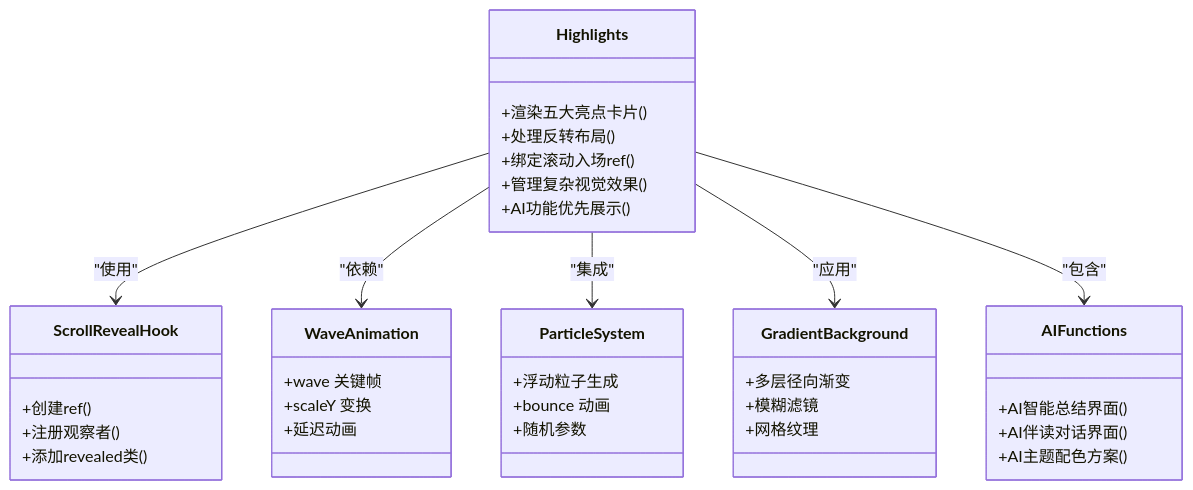
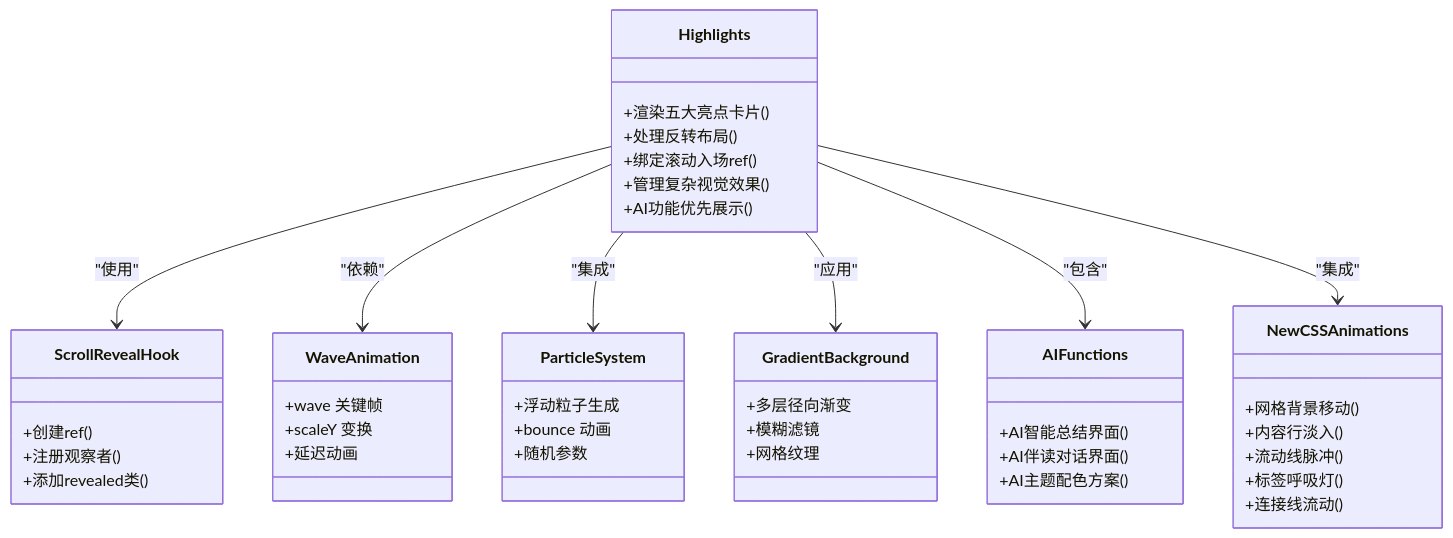
The fourth of 5 diagrams in .qoder/repowiki/zh/content/架构设计/组件架构/页面组件/Highlights组件.md (Primoguo/naolizhi.cn), drawn with Mermaid before and after one commit. The commit also changed other lines of this file and 19 other files, not shown here.

````diff
--- a/.qoder/repowiki/zh/content/架构设计/组件架构/页面组件/Highlights组件.md
+++ b/.qoder/repowiki/zh/content/架构设计/组件架构/页面组件/Highlights组件.md
@@ -199,40 +244,48 @@
 ```mermaid
 classDiagram
 class Highlights {
 +渲染五大亮点卡片()
 +处理反转布局()
 +绑定滚动入场ref()
 +管理复杂视觉效果()
 +AI功能优先展示()
 }
 class ScrollRevealHook {
 +创建ref()
 +注册观察者()
 +添加revealed类()
 }
 class WaveAnimation {
 +wave 关键帧
 +scaleY 变换
 +延迟动画
 }
 class ParticleSystem {
 +浮动粒子生成
 +bounce 动画
 +随机参数
 }
 class GradientBackground {
 +多层径向渐变
 +模糊滤镜
 +网格纹理
 }
 class AIFunctions {
 +AI智能总结界面()
 +AI伴读对话界面()
 +AI主题配色方案()
 }
+class NewCSSAnimations {
++网格背景移动()
++内容行淡入()
++流动线脉冲()
++标签呼吸灯()
++连接线流动()
+}
 Highlights --> ScrollRevealHook : "使用"
 Highlights --> WaveAnimation : "依赖"
 Highlights --> ParticleSystem : "集成"
 Highlights --> GradientBackground : "应用"
 Highlights --> AIFunctions : "包含"
+Highlights --> NewCSSAnimations : "集成"
 ```
````
